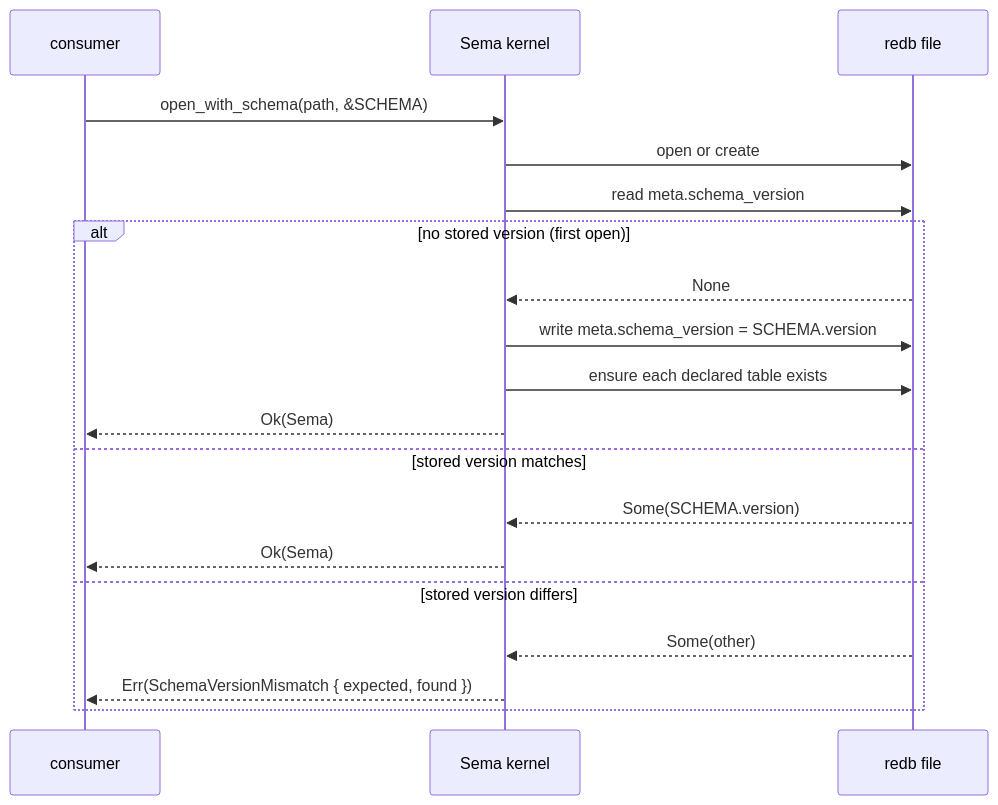
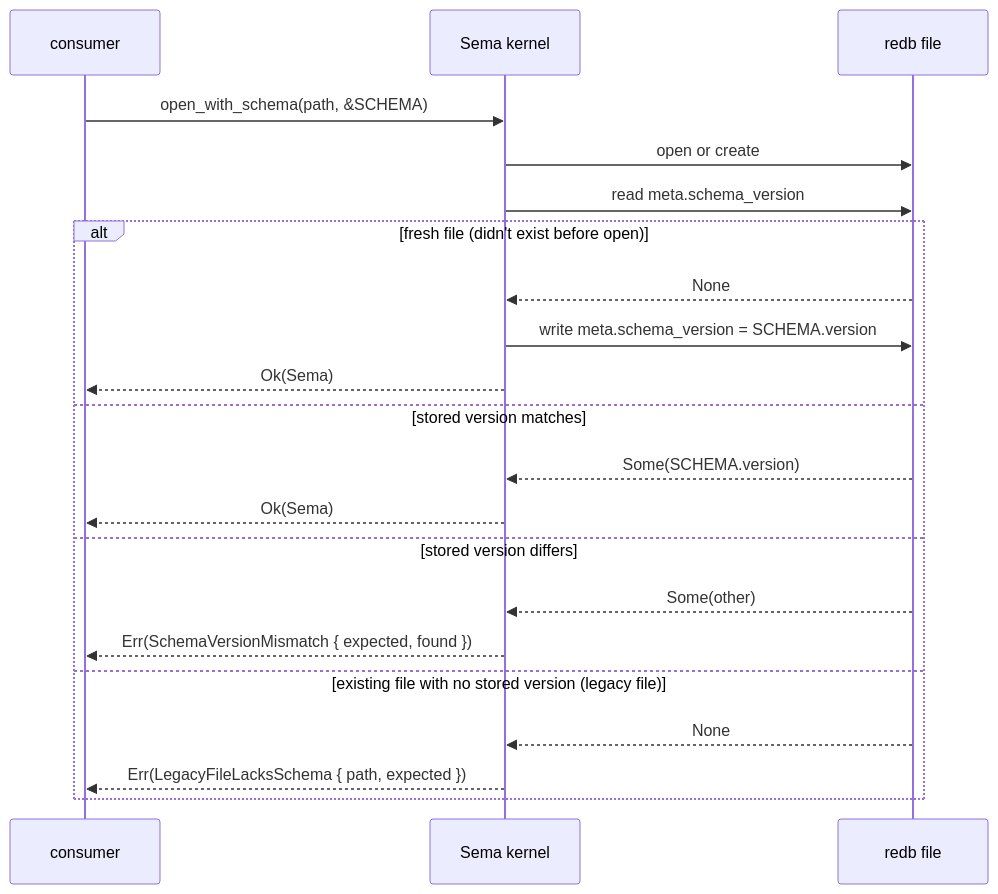
One commit to LiGoldragon/primary changed the third of 9 diagrams in reports/designer/64-sema-architecture.md. Above: the diagram before and after it, drawn with Mermaid. The commit also changed other lines of this file and 1 other file, not shown here.

Commit message:
designer: post-audit fixes to designer/64 + designer/66 — Schema.tables removed (Issue L); §4.4 nested-write-txn rewritten to typed CLAIM_LOG (Issue B); §4.4 OTHER_ROLES replaced with Table iteration (Issue J)

````diff
--- a/reports/designer/64-sema-architecture.md
+++ b/reports/designer/64-sema-architecture.md
@@ -115,22 +126,24 @@
 ```mermaid
 sequenceDiagram
     participant C as consumer
     participant K as Sema kernel
     participant F as redb file
 
     C->>K: open_with_schema(path, &SCHEMA)
     K->>F: open or create
     K->>F: read meta.schema_version
-    alt no stored version (first open)
+    alt fresh file (didn't exist before open)
         F-->>K: None
         K->>F: write meta.schema_version = SCHEMA.version
-        K->>F: ensure each declared table exists
         K-->>C: Ok(Sema)
     else stored version matches
         F-->>K: Some(SCHEMA.version)
         K-->>C: Ok(Sema)
     else stored version differs
         F-->>K: Some(other)
         K-->>C: Err(SchemaVersionMismatch { expected, found })
+    else existing file with no stored version (legacy file)
+        F-->>K: None
+        K-->>C: Err(LegacyFileLacksSchema { path, expected })
     end
 ```
````
